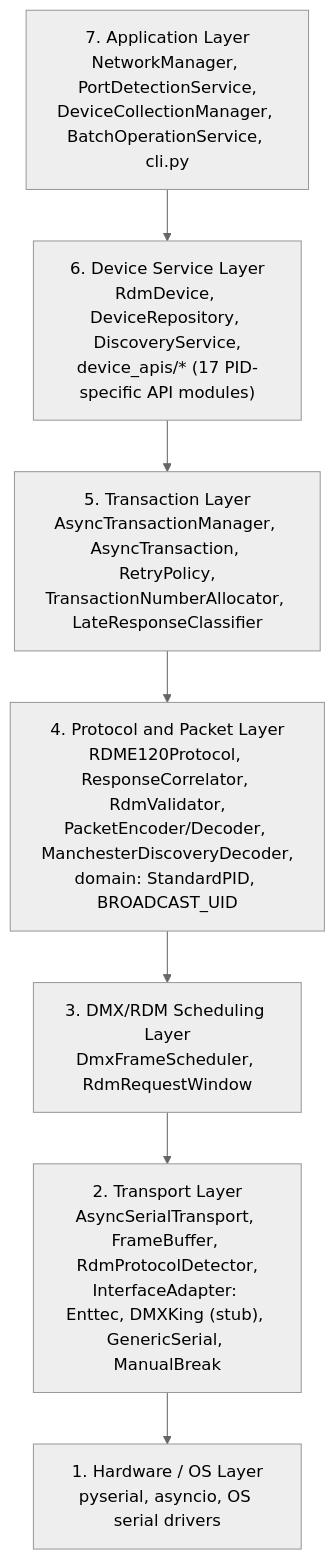
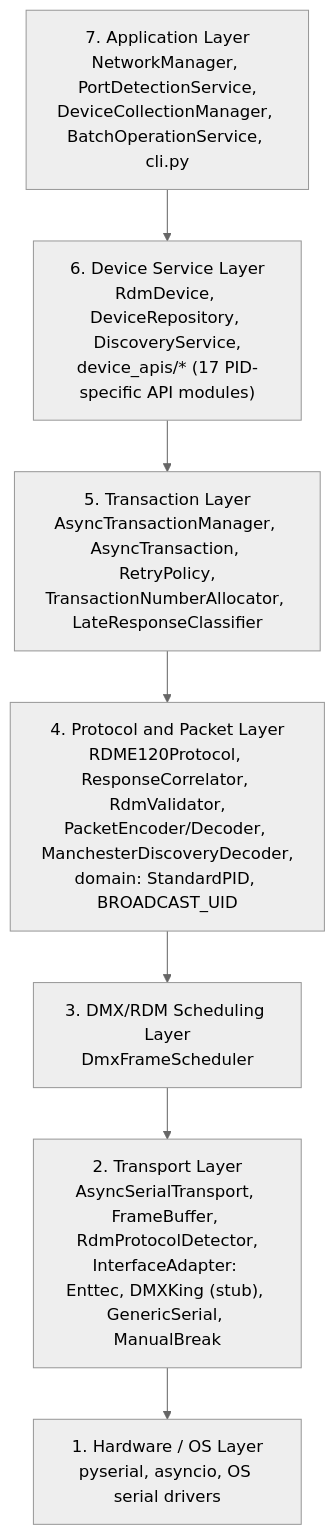
Before and after one commit to arvinlobo/rdm-dmx-async: the first of 2 diagrams in docs/ARCHITECTURE.md, drawn with Mermaid (neutral theme). The commit also changed other lines of this file and 35 other files, not shown here.

````diff
--- a/docs/ARCHITECTURE.md
+++ b/docs/ARCHITECTURE.md
@@ -15,12 +15,12 @@
 ```mermaid
 flowchart TD
     L7["7. Application Layer<br/>NetworkManager, PortDetectionService,<br/>DeviceCollectionManager, BatchOperationService, cli.py"]
     L6["6. Device Service Layer<br/>RdmDevice, DeviceRepository, DiscoveryService,<br/>device_apis/* (17 PID-specific API modules)"]
     L5["5. Transaction Layer<br/>AsyncTransactionManager, AsyncTransaction, RetryPolicy,<br/>TransactionNumberAllocator, LateResponseClassifier"]
     L4["4. Protocol and Packet Layer<br/>RDME120Protocol, ResponseCorrelator, RdmValidator,<br/>PacketEncoder/Decoder, ManchesterDiscoveryDecoder,<br/>domain: StandardPID, BROADCAST_UID"]
-    L3["3. DMX/RDM Scheduling Layer<br/>DmxFrameScheduler, RdmRequestWindow"]
+    L3["3. DMX/RDM Scheduling Layer<br/>DmxFrameScheduler"]
     L2["2. Transport Layer<br/>AsyncSerialTransport, FrameBuffer, RdmProtocolDetector,<br/>InterfaceAdapter: Enttec, DMXKing (stub), GenericSerial, ManualBreak"]
     L1["1. Hardware / OS Layer<br/>pyserial, asyncio, OS serial drivers"]
 
     L7 --> L6 --> L5 --> L4 --> L3 --> L2 --> L1
 ```
````
